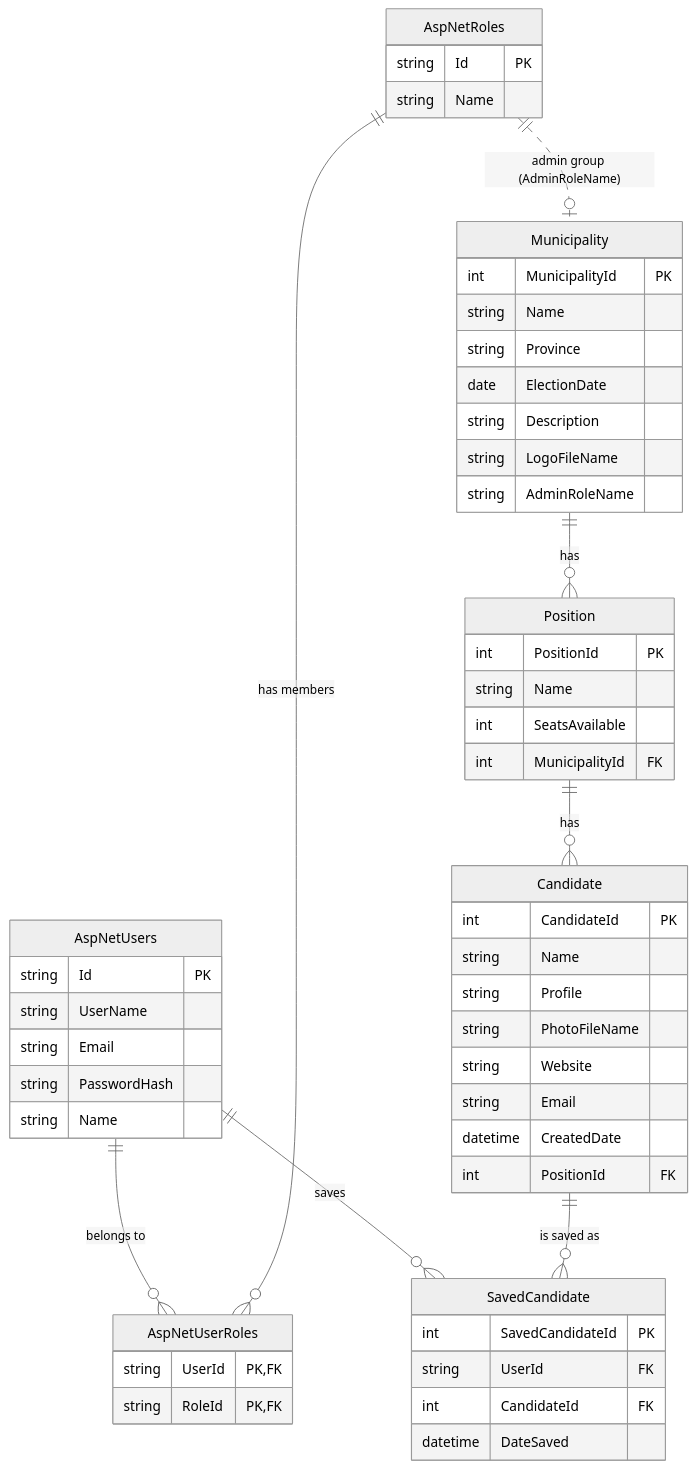
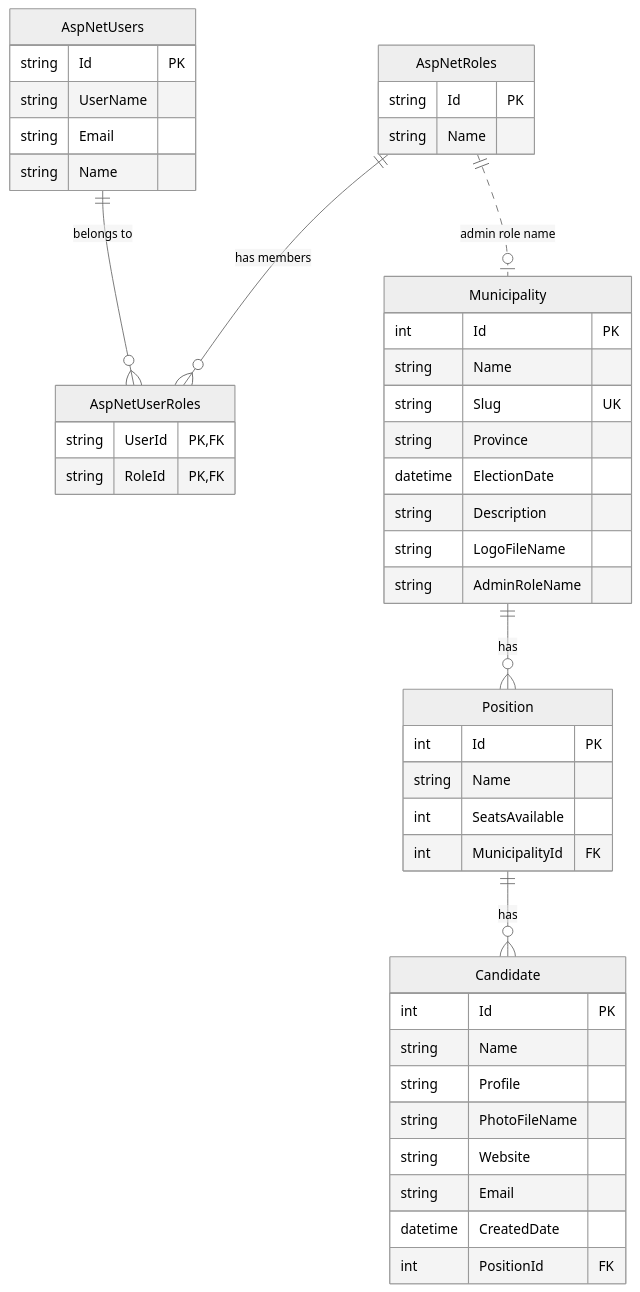
One commit to mskim9097/comp4976_assignment1 changed the diagram in docs/erd.mmd. Above: the diagram before and after it, drawn with Mermaid (neutral theme). The commit also changed 267 other files, not shown here.

Commit message:
Translated to asp.net, added required features

```diff
--- a/docs/erd.mmd
+++ b/docs/erd.mmd
@@ -1,55 +1,47 @@
 erDiagram
     AspNetUsers {
         string Id PK
         string UserName
         string Email
-        string PasswordHash
         string Name
     }
     AspNetRoles {
         string Id PK
         string Name
     }
     AspNetUserRoles {
         string UserId PK, FK
         string RoleId PK, FK
     }
     Municipality {
-        int MunicipalityId PK
+        int Id PK
         string Name
+        string Slug UK
         string Province
-        date ElectionDate
+        datetime ElectionDate
         string Description
         string LogoFileName
         string AdminRoleName
     }
     Position {
-        int PositionId PK
+        int Id PK
         string Name
         int SeatsAvailable
         int MunicipalityId FK
     }
     Candidate {
-        int CandidateId PK
+        int Id PK
         string Name
         string Profile
         string PhotoFileName
         string Website
         string Email
         datetime CreatedDate
         int PositionId FK
     }
-    SavedCandidate {
-        int SavedCandidateId PK
-        string UserId FK
-        int CandidateId FK
-        datetime DateSaved
-    }
 
     AspNetUsers ||--o{ AspNetUserRoles : "belongs to"
     AspNetRoles ||--o{ AspNetUserRoles : "has members"
-    AspNetRoles ||..o| Municipality : "admin group (AdminRoleName)"
+    AspNetRoles ||..o| Municipality : "admin role name"
     Municipality ||--o{ Position : "has"
     Position ||--o{ Candidate : "has"
-    AspNetUsers ||--o{ SavedCandidate : "saves"
-    Candidate ||--o{ SavedCandidate : "is saved as"
```
